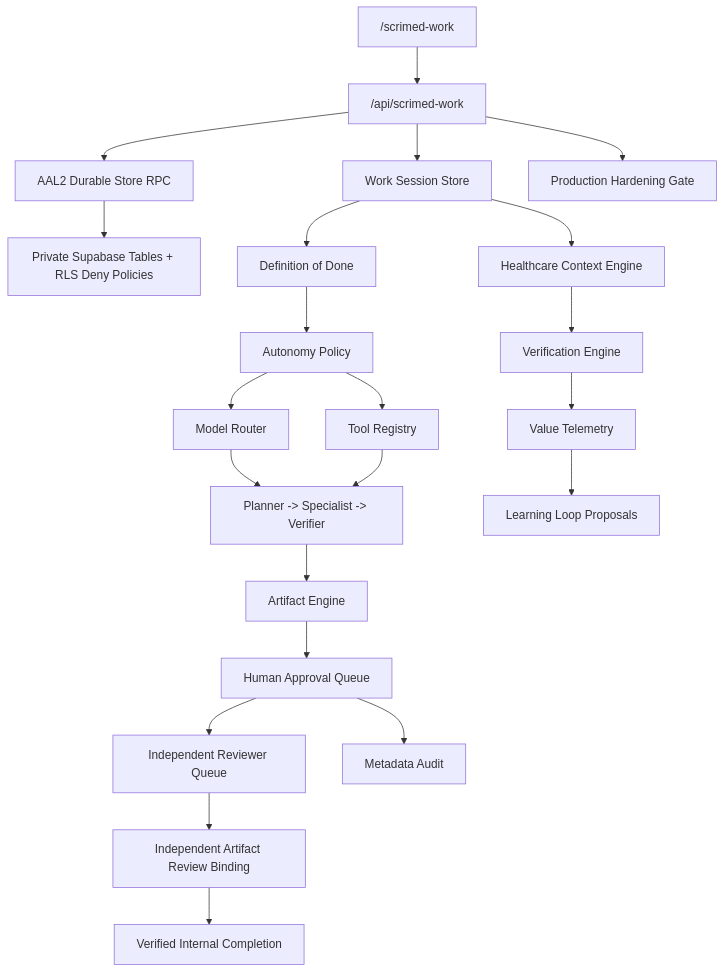
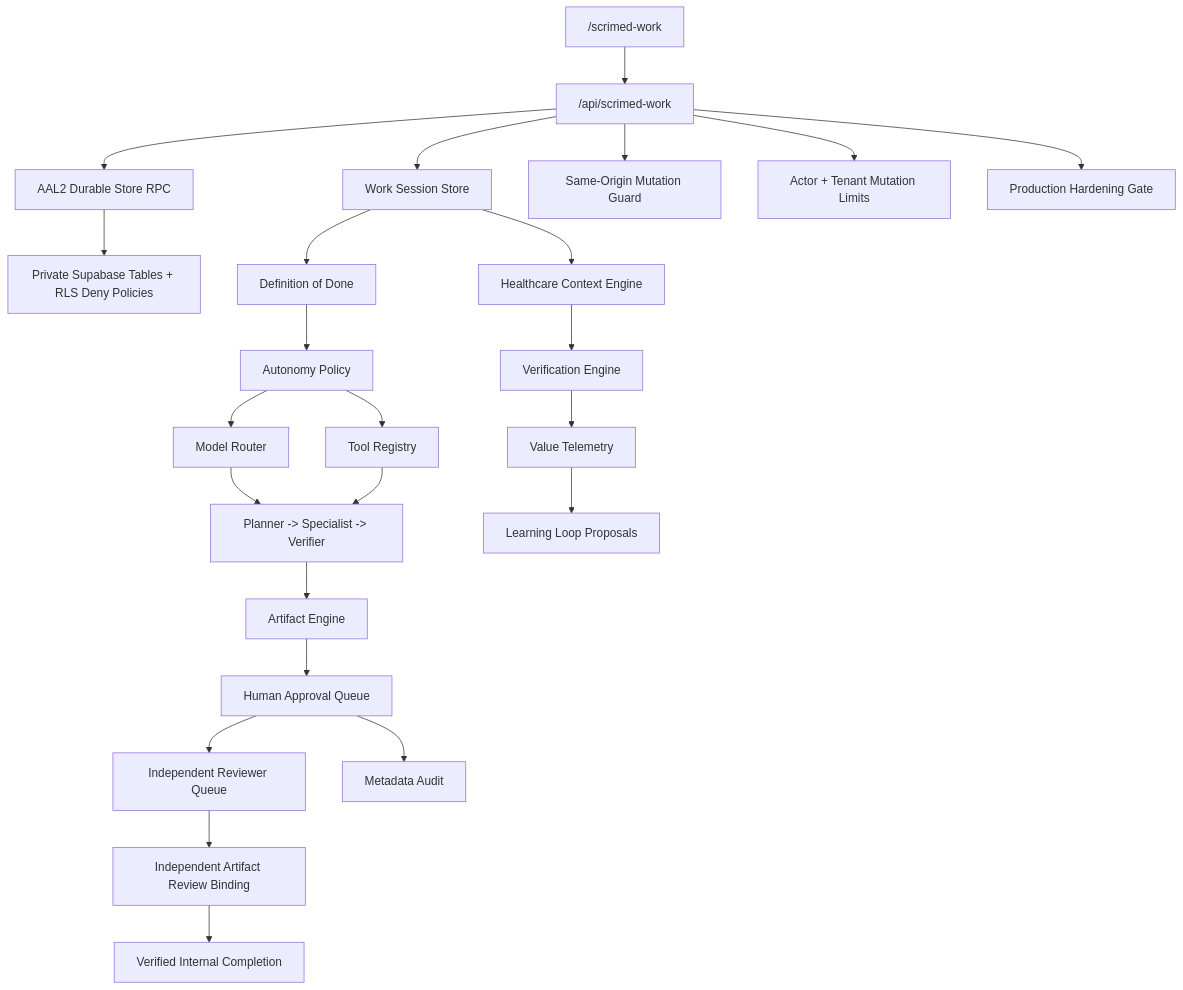
Before and after one commit to temitayodahunsi777/scrimed-site: the diagram in docs/scrimed-work.md, drawn with Mermaid. The commit also changed other lines of this file and 36 other files, not shown here.

````diff
--- a/docs/scrimed-work.md
+++ b/docs/scrimed-work.md
@@ -13,24 +13,26 @@
 ```mermaid
 flowchart TD
   UI["/scrimed-work"] --> API["/api/scrimed-work"]
   API --> Session["Work Session Store"]
   API --> Durable["AAL2 Durable Store RPC"]
+  API --> CSRF["Same-Origin Mutation Guard"]
+  API --> RateLimit["Actor + Tenant Mutation Limits"]
   API --> Hardening["Production Hardening Gate"]
   Durable --> RLS["Private Supabase Tables + RLS Deny Policies"]
   Session --> Contract["Definition of Done"]
   Contract --> Policy["Autonomy Policy"]
   Policy --> Router["Model Router"]
   Policy --> Tools["Tool Registry"]
   Session --> Context["Healthcare Context Engine"]
   Context --> Verify["Verification Engine"]
   Router --> Agents["Planner -> Specialist -> Verifier"]
   Tools --> Agents
   Agents --> Artifact["Artifact Engine"]
   Artifact --> Approval["Human Approval Queue"]
   Approval --> Queue["Independent Reviewer Queue"]
   Queue --> Review["Independent Artifact Review Binding"]
   Review --> Complete["Verified Internal Completion"]
   Verify --> Telemetry["Value Telemetry"]
   Approval --> Audit["Metadata Audit"]
   Telemetry --> Learning["Learning Loop Proposals"]
 ```
````
